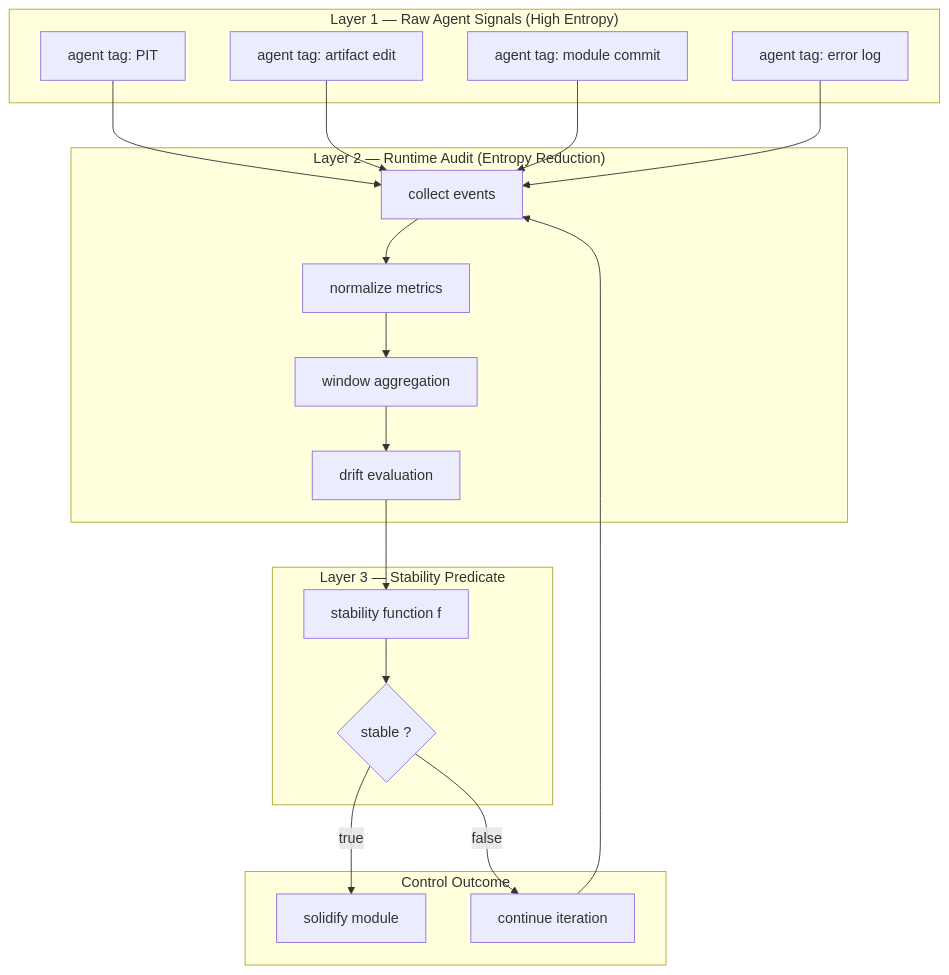
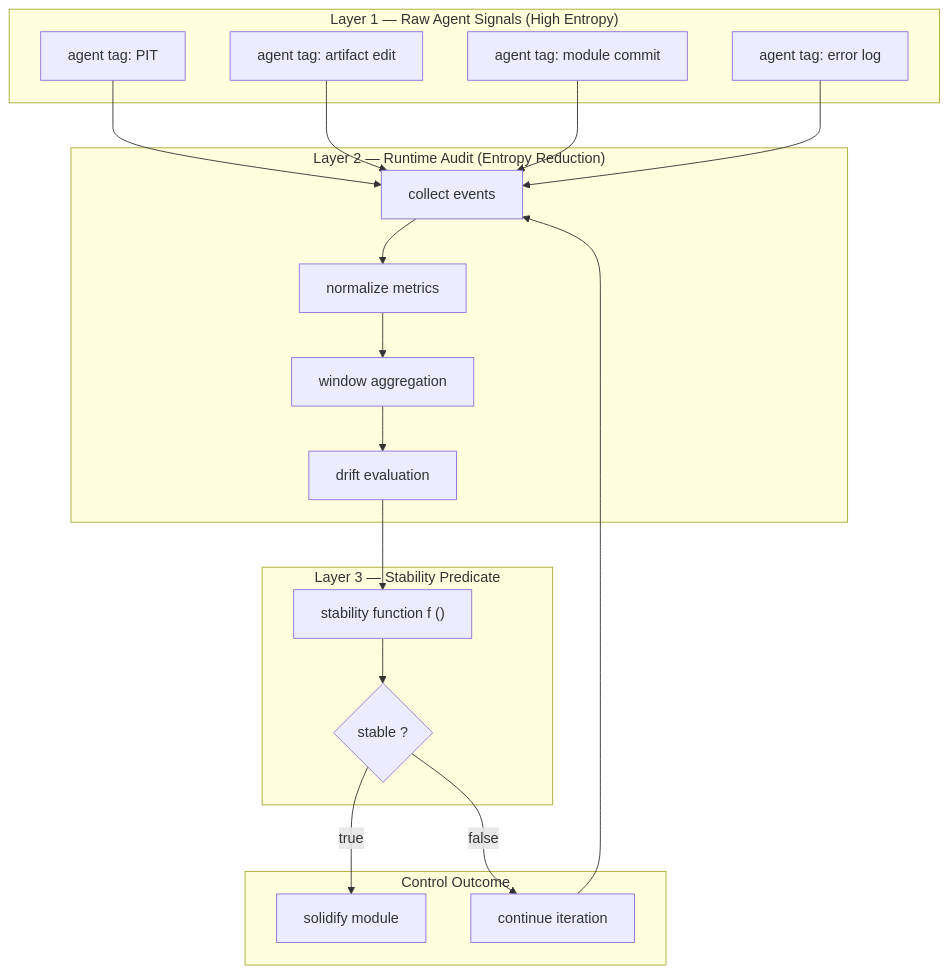
The diagram in multi-agent-os/manifest-runtime.md (klinda78/gemini--chat), drawn with Mermaid before and after one commit. The commit also changed other lines of this file, not shown here.

````diff
--- a/multi-agent-os/manifest-runtime.md
+++ b/multi-agent-os/manifest-runtime.md
@@ -117,48 +118,48 @@
 ```mermaid
 flowchart TD
 
 %% -------- Layer 1 --------
 subgraph L1["Layer 1 — Raw Agent Signals (High Entropy)"]
 A1[agent tag: PIT]
 A2[agent tag: artifact edit]
 A3[agent tag: module commit]
 A4[agent tag: error log]
 end
 
 %% -------- Layer 2 --------
 subgraph L2["Layer 2 — Runtime Audit (Entropy Reduction)"]
 B1[collect events]
 B2[normalize metrics]
 B3[window aggregation]
 B4[drift evaluation]
 end
 
 %% -------- Layer 3 --------
 subgraph L3["Layer 3 — Stability Predicate"]
-C1[stability function f]
+C1[stability function f #40;#41;]
 C2{stable ?}
 end
 
 %% -------- Layer 4 --------
 subgraph L4["Control Outcome"]
 D1[solidify module]
 D2[continue iteration]
 end
 
 %% connections
 A1 --> B1
 A2 --> B1
 A3 --> B1
 A4 --> B1
 
 B1 --> B2
 B2 --> B3
 B3 --> B4
 
 B4 --> C1
 C1 --> C2
 
 C2 -->|true| D1
 C2 -->|false| D2
 D2 --> B1
 ```
````
